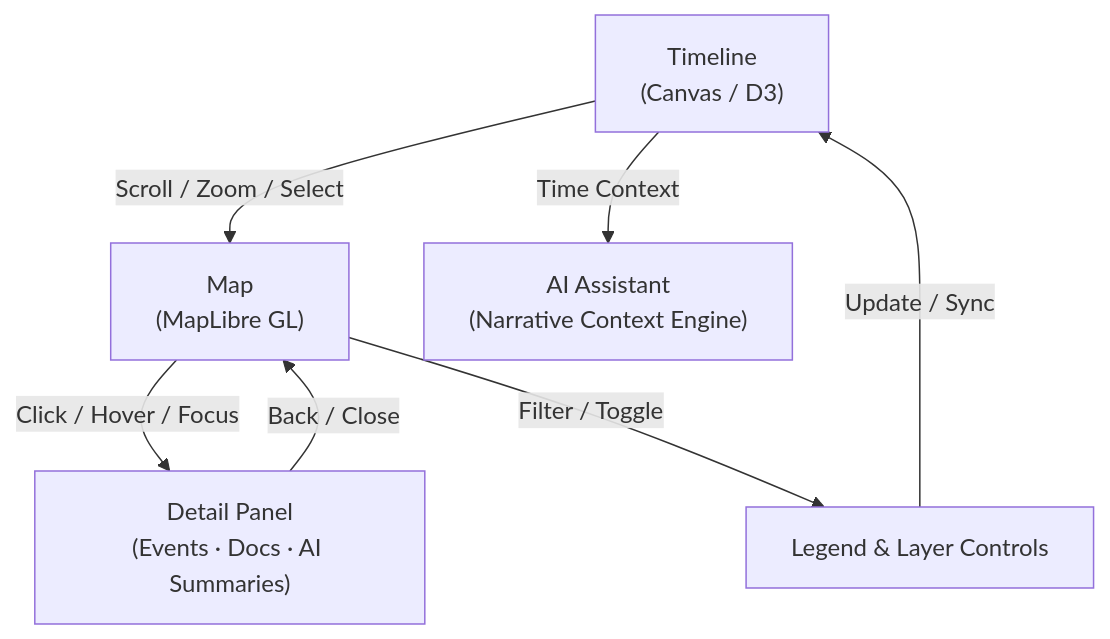
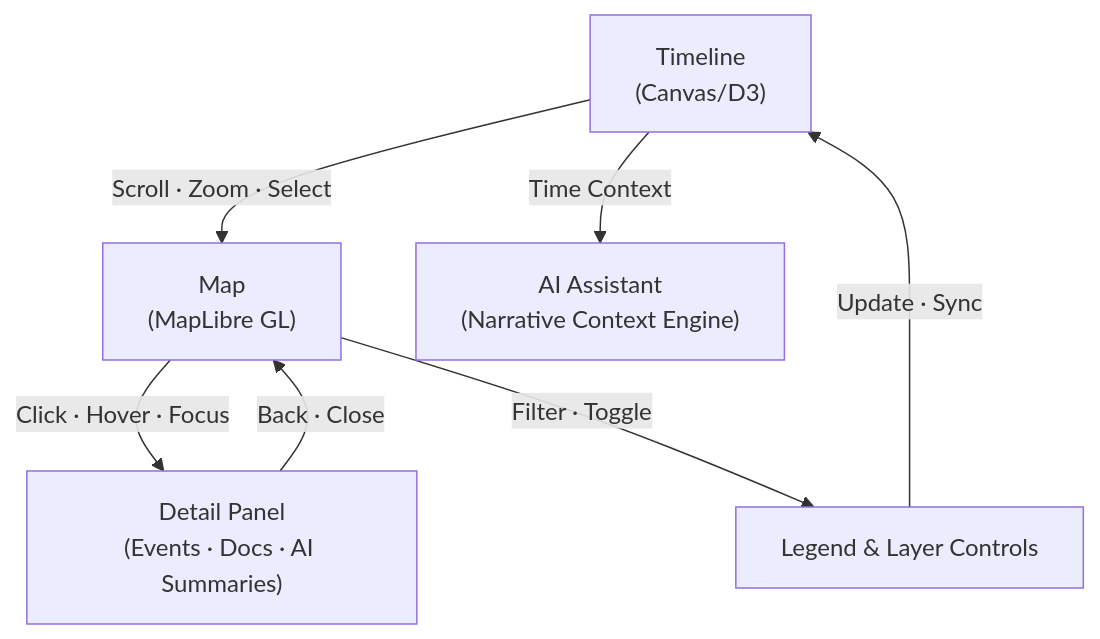
One commit to bartytime4life/Kansas-Frontier-Matrix changed the first of 2 diagrams in docs/design/interaction-patterns.md. Above: the diagram before and after it, drawn with Mermaid. The commit also changed other lines of this file, not shown here.

`````diff
--- a/docs/design/interaction-patterns.md
+++ b/docs/design/interaction-patterns.md
@@ -37,9 +63,9 @@
 ```mermaid
 flowchart TD
-    A["Timeline\n(Canvas / D3)"] -->|Scroll / Zoom / Select| B["Map\n(MapLibre GL)"]
-    B -->|Click / Hover / Focus| C["Detail Panel\n(Events · Docs · AI Summaries)"]
-    C -->|Back / Close| B
-    B -->|Filter / Toggle| D["Legend & Layer Controls"]
-    D -->|Update / Sync| A
+    A["Timeline\n(Canvas/D3)"] -->|Scroll · Zoom · Select| B["Map\n(MapLibre GL)"]
+    B -->|Click · Hover · Focus| C["Detail Panel\n(Events · Docs · AI Summaries)"]
+    C -->|Back · Close| B
+    B -->|Filter · Toggle| D["Legend & Layer Controls"]
+    D -->|Update · Sync| A
     A -->|Time Context| E["AI Assistant\n(Narrative Context Engine)"]
-````
+```
`````
